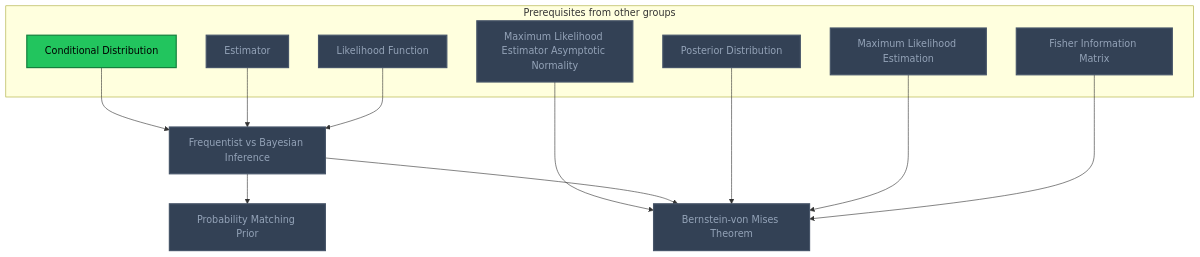
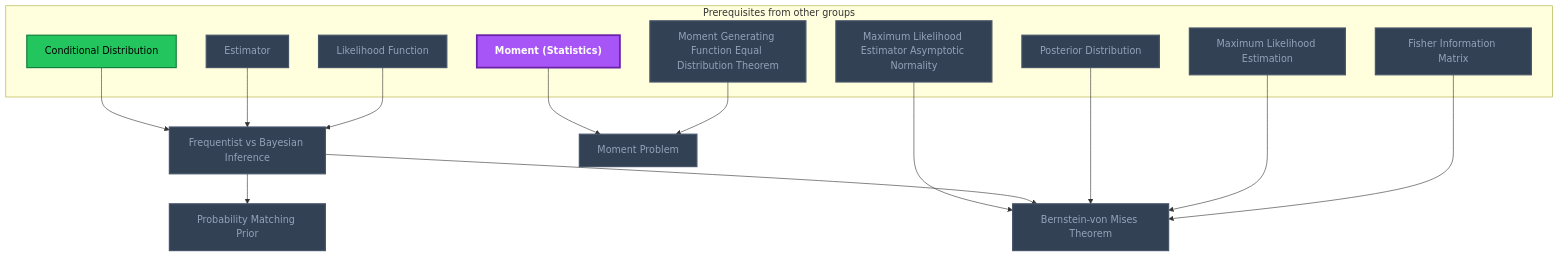
One commit to MRauf1/My-Notes changed diagram 11 of 11 in Gamification/Skill Trees/Mathematical Statistics.md. Above: the diagram before and after it, drawn with Mermaid. The commit also changed other lines of this file and 73 other files, not shown here.

````diff
--- a/Gamification/Skill Trees/Mathematical Statistics.md
+++ b/Gamification/Skill Trees/Mathematical Statistics.md
@@ -1168,36 +1168,42 @@
 ```mermaid
 flowchart TD
     classDef planned fill:#1E293B,stroke:#64748B,stroke-width:2px,stroke-dasharray:5 5,color:#94A3B8;
     classDef locked fill:#334155,stroke:#475569,stroke-width:2px,color:#94A3B8;
     classDef L0 fill:#F1F5F9,stroke:#94A3B8,stroke-width:2px,color:#000000;
     classDef L1 fill:#22C55E,stroke:#15803D,stroke-width:2px,color:#000000;
     classDef L2 fill:#3B82F6,stroke:#1D4ED8,stroke-width:3px,color:#FFFFFF;
     classDef L3 fill:#A855F7,stroke:#6B21A8,stroke-width:3px,color:#FFFFFF,font-weight:bold;
     classDef L4 fill:#F97316,stroke:#C2410C,stroke-width:4px,color:#000000,font-weight:bold;
     classDef L5 fill:#FFD700,stroke:#FF8C00,stroke-width:5px,color:#000000,font-weight:bold;
     classDef rusty stroke:#8B4513,stroke-width:4px,stroke-dasharray:3 3;
     subgraph sg_prereqs["Prerequisites from other groups"]
         n_conditional_distribution["Conditional Distribution"]
         n_estimator["Estimator"]
         n_maximum_likelihood_estimator_asymptotic_normality["Maximum Likelihood Estimator Asymptotic Normality"]
         n_posterior_distribution["Posterior Distribution"]
         n_maximum_likelihood_estimation["Maximum Likelihood Estimation"]
         n_likelihood_function["Likelihood Function"]
         n_fisher_information_matrix["Fisher Information Matrix"]
+        n_moment_statistics["Moment (Statistics)"]
+        n_moment_generating_function_equal_distribution_theorem["Moment Generating Function Equal Distribution Theorem"]
     end
     n_frequentist_vs_bayesian_inference["Frequentist vs Bayesian Inference"]
     n_probability_matching_prior["Probability Matching Prior"]
     n_bernstein_von_mises_theorem["Bernstein-von Mises Theorem"]
+    n_moment_problem["Moment Problem"]
     n_conditional_distribution --> n_frequentist_vs_bayesian_inference
     n_estimator --> n_frequentist_vs_bayesian_inference
     n_frequentist_vs_bayesian_inference --> n_probability_matching_prior
     n_maximum_likelihood_estimator_asymptotic_normality --> n_bernstein_von_mises_theorem
     n_frequentist_vs_bayesian_inference --> n_bernstein_von_mises_theorem
     n_posterior_distribution --> n_bernstein_von_mises_theorem
     n_maximum_likelihood_estimation --> n_bernstein_von_mises_theorem
     n_likelihood_function --> n_frequentist_vs_bayesian_inference
     n_fisher_information_matrix --> n_bernstein_von_mises_theorem
-    class n_estimator,n_maximum_likelihood_estimator_asymptotic_normality,n_posterior_distribution,n_maximum_likelihood_estimation,n_likelihood_function,n_fisher_information_matrix,n_frequentist_vs_bayesian_inference,n_probability_matching_prior,n_bernstein_von_mises_theorem locked;
+    n_moment_statistics --> n_moment_problem
+    n_moment_generating_function_equal_distribution_theorem --> n_moment_problem
+    class n_estimator,n_maximum_likelihood_estimator_asymptotic_normality,n_posterior_distribution,n_maximum_likelihood_estimation,n_likelihood_function,n_fisher_information_matrix,n_moment_generating_function_equal_distribution_theorem,n_frequentist_vs_bayesian_inference,n_probability_matching_prior,n_bernstein_von_mises_theorem,n_moment_problem locked;
     class n_conditional_distribution L1;
-    class n_conditional_distribution,n_estimator,n_maximum_likelihood_estimator_asymptotic_normality,n_posterior_distribution,n_maximum_likelihood_estimation,n_likelihood_function,n_fisher_information_matrix,n_frequentist_vs_bayesian_inference,n_probability_matching_prior,n_bernstein_von_mises_theorem internal-link;
+    class n_moment_statistics L3;
+    class n_conditional_distribution,n_estimator,n_maximum_likelihood_estimator_asymptotic_normality,n_posterior_distribution,n_maximum_likelihood_estimation,n_likelihood_function,n_fisher_information_matrix,n_moment_statistics,n_moment_generating_function_equal_distribution_theorem,n_frequentist_vs_bayesian_inference,n_probability_matching_prior,n_bernstein_von_mises_theorem,n_moment_problem internal-link;
 ```
````
